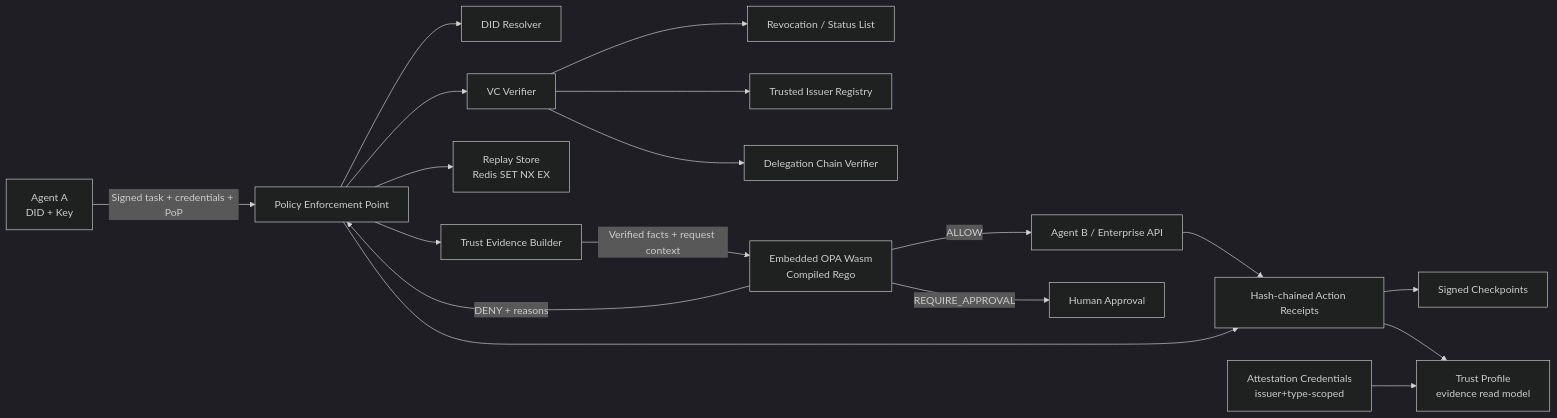
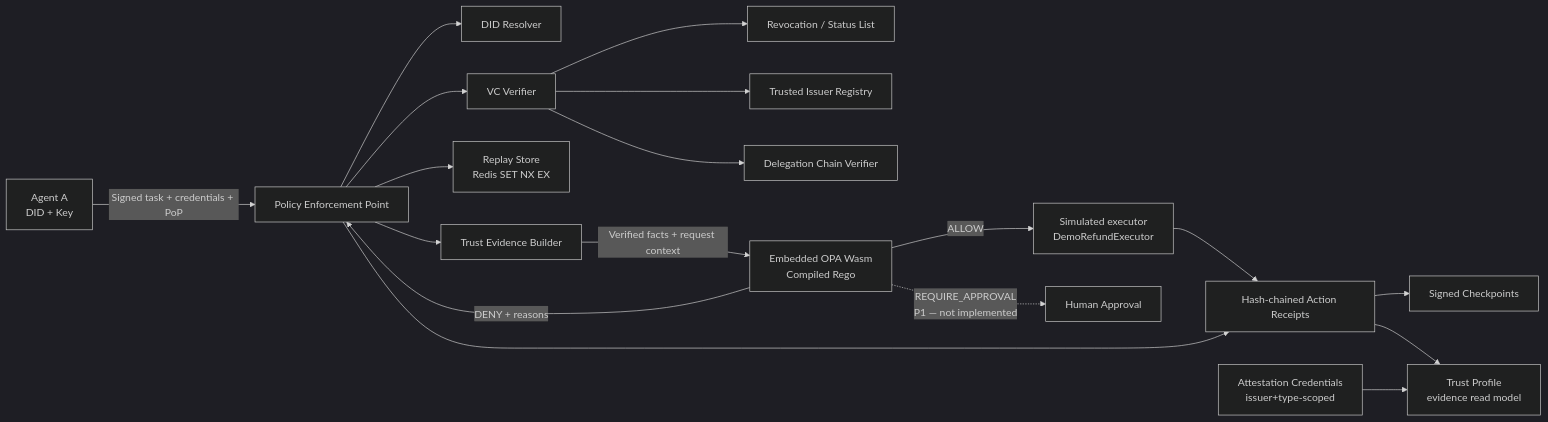
Before and after one commit to abuzaro21/agent-trust: the diagram in README.md, drawn with Mermaid (dark theme). The commit also changed other lines of this file and 10 other files, not shown here.

````diff
--- a/README.md
+++ b/README.md
@@ -141,20 +156,20 @@
 ```mermaid
 flowchart LR
     A[Agent A<br/>DID + Key] -->|Signed task + credentials + PoP| ENFORCE[Policy Enforcement Point]
     ENFORCE --> DID[DID Resolver]
     ENFORCE --> VC[VC Verifier]
     VC --> STATUS[Revocation / Status List]
     VC --> TRUST[Trusted Issuer Registry]
     VC --> DELEG[Delegation Chain Verifier]
     ENFORCE --> REPLAY[Replay Store<br/>Redis SET NX EX]
     ENFORCE --> EVID[Trust Evidence Builder]
     EVID -->|Verified facts + request context| OPA[Embedded OPA Wasm<br/>Compiled Rego]
-    OPA -->|ALLOW| B[Agent B / Enterprise API]
-    OPA -->|REQUIRE_APPROVAL| HITL[Human Approval]
+    OPA -->|ALLOW| B[Simulated executor<br/>DemoRefundExecutor]
+    OPA -.->|REQUIRE_APPROVAL<br/>P1 — not implemented| HITL[Human Approval]
     OPA -->|DENY + reasons| ENFORCE
     B --> LOG[Hash-chained Action Receipts]
     ENFORCE --> LOG
     LOG --> CHECKPOINT[Signed Checkpoints]
     LOG --> PROFILE[Trust Profile<br/>evidence read model]
     ATTEST[Attestation Credentials<br/>issuer+type-scoped] --> PROFILE
 ```
````
